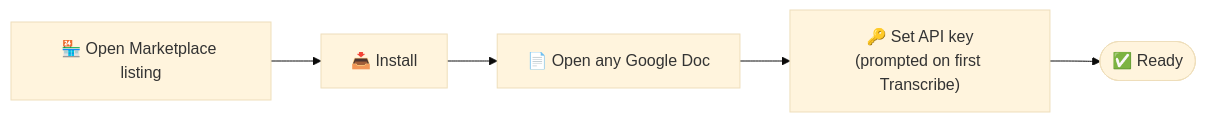
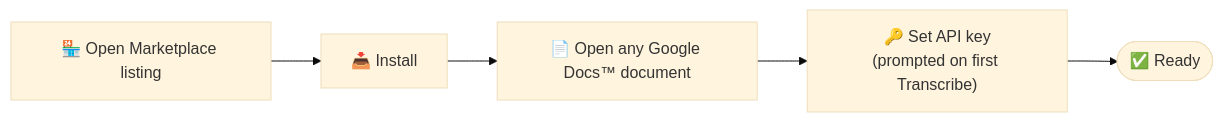
One commit to dekochka/geneascript-gdoc-addon changed the second of 6 diagrams in docs/en/INSTALLATION.md. Above: the diagram before and after it, drawn with Mermaid (base theme). The commit also changed other lines of this file and 16 other files, not shown here.

````diff
--- a/docs/en/INSTALLATION.md
+++ b/docs/en/INSTALLATION.md
@@ -55,7 +55,7 @@
 ```mermaid
 flowchart LR
   A["🏪 Open Marketplace listing"] --> B[📥 Install]
-  B --> C[📄 Open any Google Doc]
+  B --> C[📄 Open any Google Docs™ document]
   C --> D["🔑 Set API key<br/>(prompted on first Transcribe)"]
   D --> E([✅ Ready])
 ```
````
